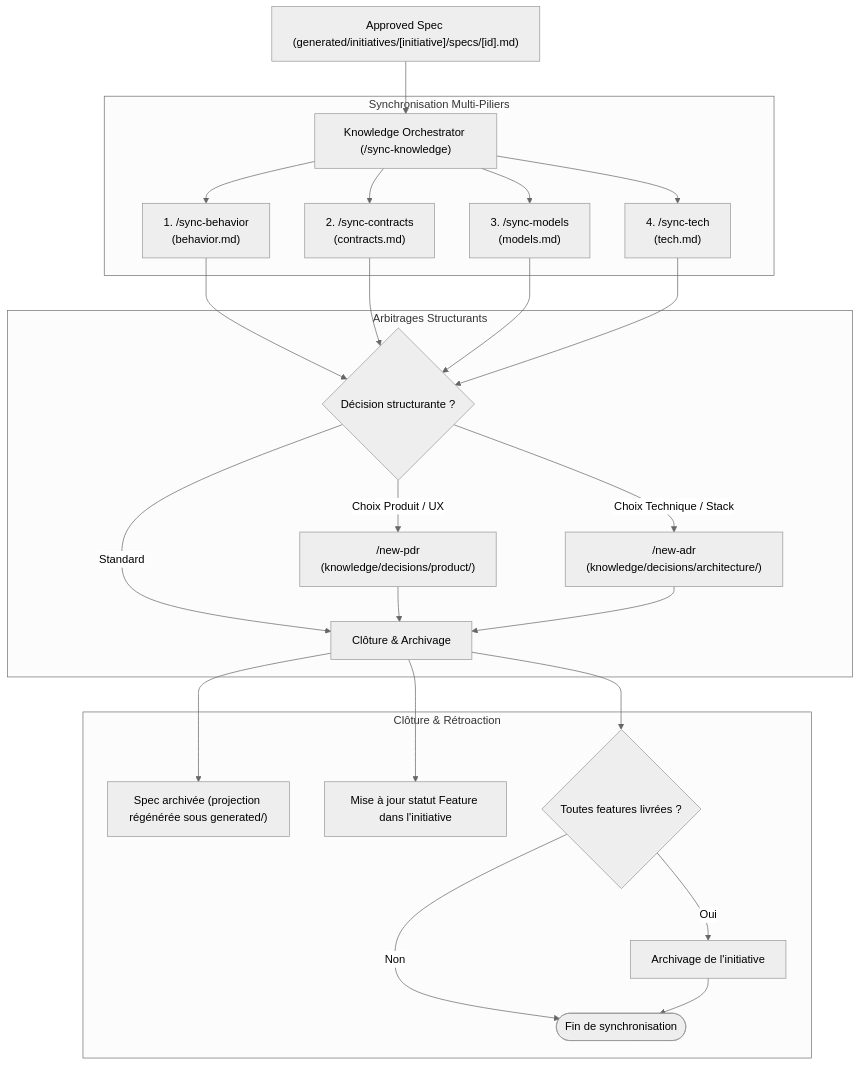
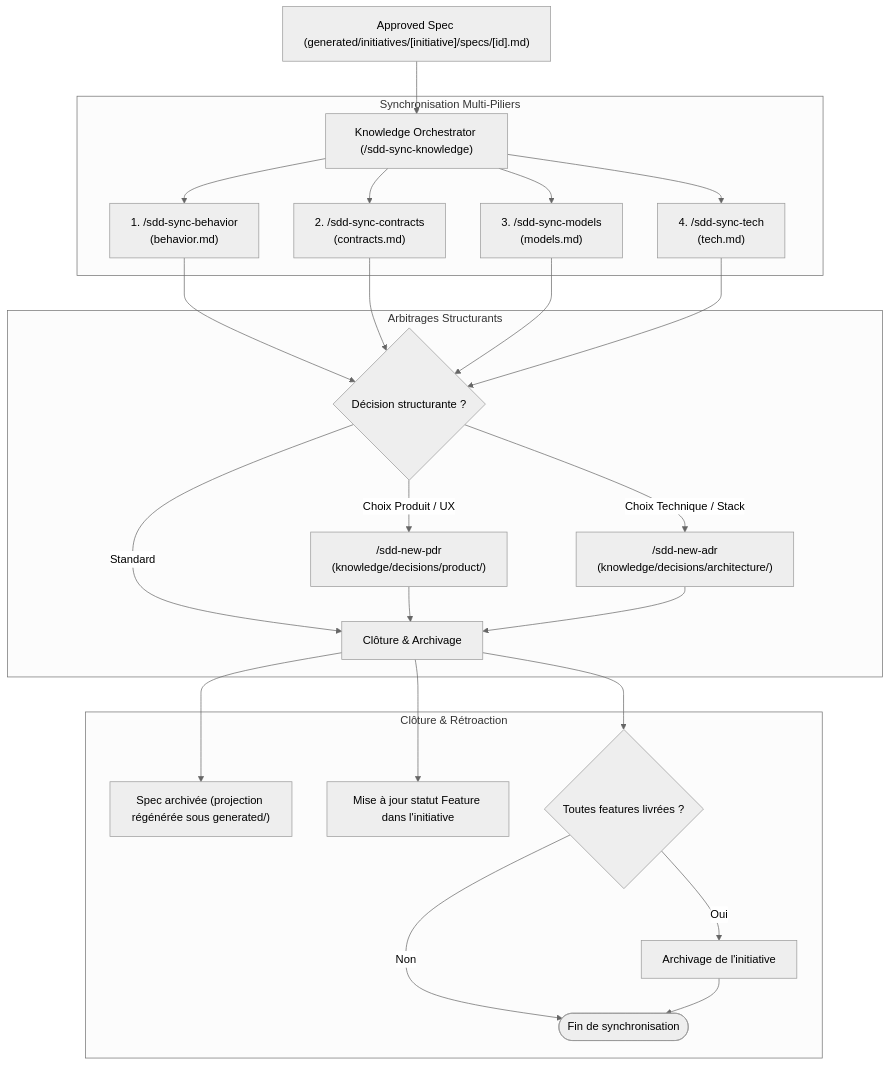
The diagram in agents/knowledge-orchestrator.md (ngdo-pro/sdd), drawn with Mermaid (neutral theme) before and after one commit. The commit also changed other lines of this file and 60 other files, not shown here.

````diff
--- a/agents/knowledge-orchestrator.md
+++ b/agents/knowledge-orchestrator.md
@@ -11,29 +11,29 @@
 ```mermaid
 flowchart TD
-    SPEC["Approved Spec (generated/initiatives/[initiative]/specs/[id].md)"] --> ORCH["Knowledge Orchestrator (/sync-knowledge)"]
+    SPEC["Approved Spec (generated/initiatives/[initiative]/specs/[id].md)"] --> ORCH["Knowledge Orchestrator (/sdd-sync-knowledge)"]
     
     subgraph Synchronisation Multi-Piliers
-        ORCH --> B["1. /sync-behavior<br>(behavior.md)"]
-        ORCH --> C["2. /sync-contracts<br>(contracts.md)"]
-        ORCH --> M["3. /sync-models<br>(models.md)"]
-        ORCH --> T["4. /sync-tech<br>(tech.md)"]
+        ORCH --> B["1. /sdd-sync-behavior<br>(behavior.md)"]
+        ORCH --> C["2. /sdd-sync-contracts<br>(contracts.md)"]
+        ORCH --> M["3. /sdd-sync-models<br>(models.md)"]
+        ORCH --> T["4. /sdd-sync-tech<br>(tech.md)"]
     end
     
     subgraph Arbitrages Structurants
         B & C & M & T --> DEC{"Décision structurante ?"}
-        DEC -->|Choix Produit / UX| PDR["/new-pdr<br>(knowledge/decisions/product/)"]
-        DEC -->|Choix Technique / Stack| ADR["/new-adr<br>(knowledge/decisions/architecture/)"]
+        DEC -->|Choix Produit / UX| PDR["/sdd-new-pdr<br>(knowledge/decisions/product/)"]
+        DEC -->|Choix Technique / Stack| ADR["/sdd-new-adr<br>(knowledge/decisions/architecture/)"]
         DEC -->|Standard| CLOSE["Clôture & Archivage"]
         PDR --> CLOSE
         ADR --> CLOSE
     end
     
     subgraph Clôture & Rétroaction
         CLOSE --> ARCH["Spec archivée (projection régénérée sous generated/)"]
         CLOSE --> FEAT["Mise à jour statut Feature dans l'initiative"]
         CLOSE --> INIT{"Toutes features livrées ?"}
         INIT -->|Oui| ARCH_INIT["Archivage de l'initiative"]
         INIT -->|Non| DONE(["Fin de synchronisation"])
         ARCH_INIT --> DONE
     end
 ```
````
